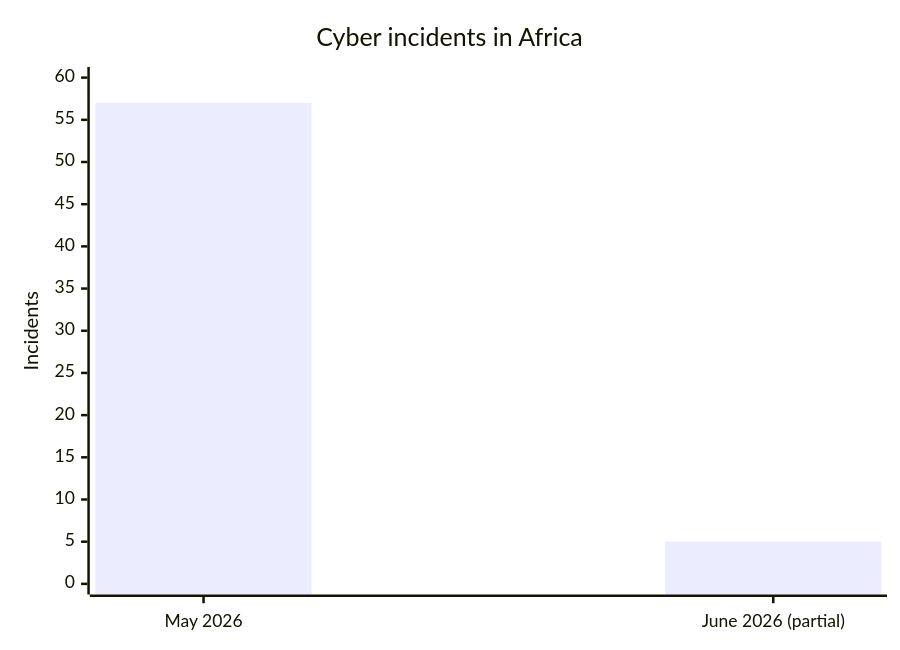
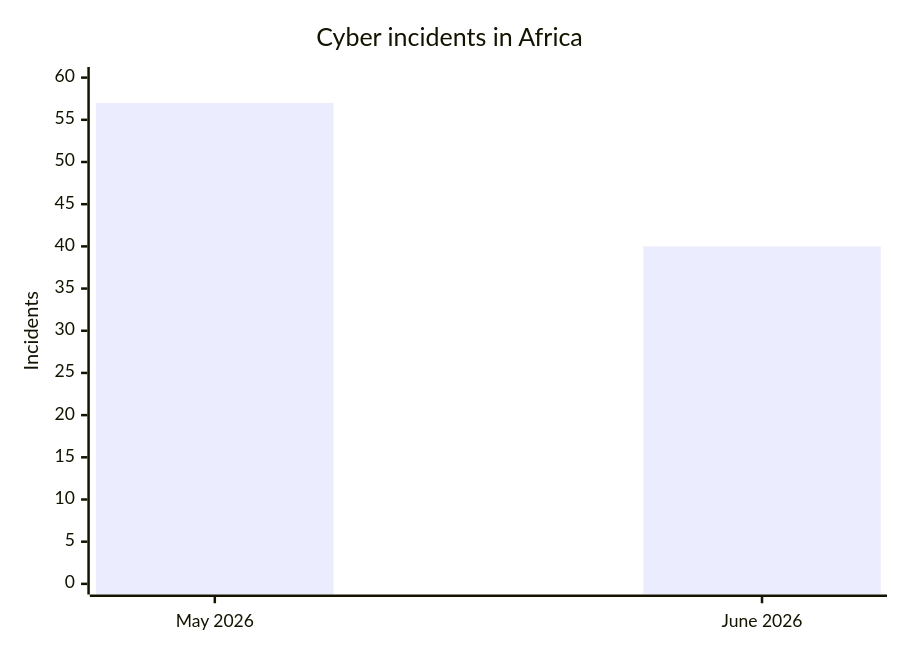
Before and after one commit to Hatchepsoute/AFRINTEL: the first of 5 diagrams in comparison/2026/05-may-june/README.md, drawn with Mermaid. The commit also changed other lines of this file and 18 other files, not shown here.

````diff
--- a/comparison/2026/05-may-june/README.md
+++ b/comparison/2026/05-may-june/README.md
@@ -36,7 +35,7 @@
 ```mermaid
 xychart-beta
 title "Cyber incidents in Africa"
-x-axis ["May 2026","June 2026 (partial)"]
+x-axis ["May 2026","June 2026"]
 y-axis "Incidents" 0 --> 60
-bar [57,5]
+bar [57,40]
 ```
````
